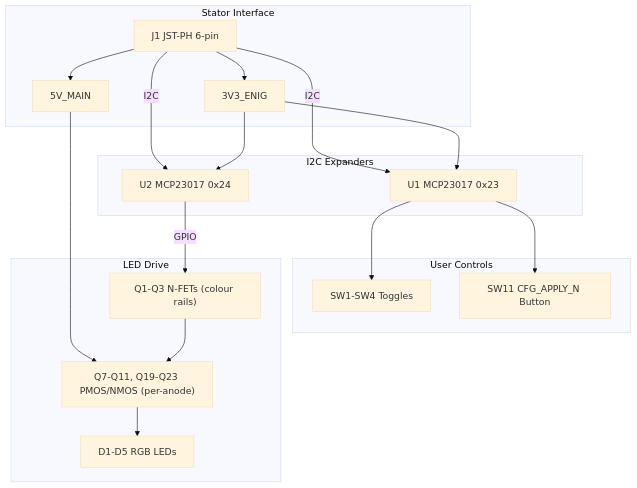
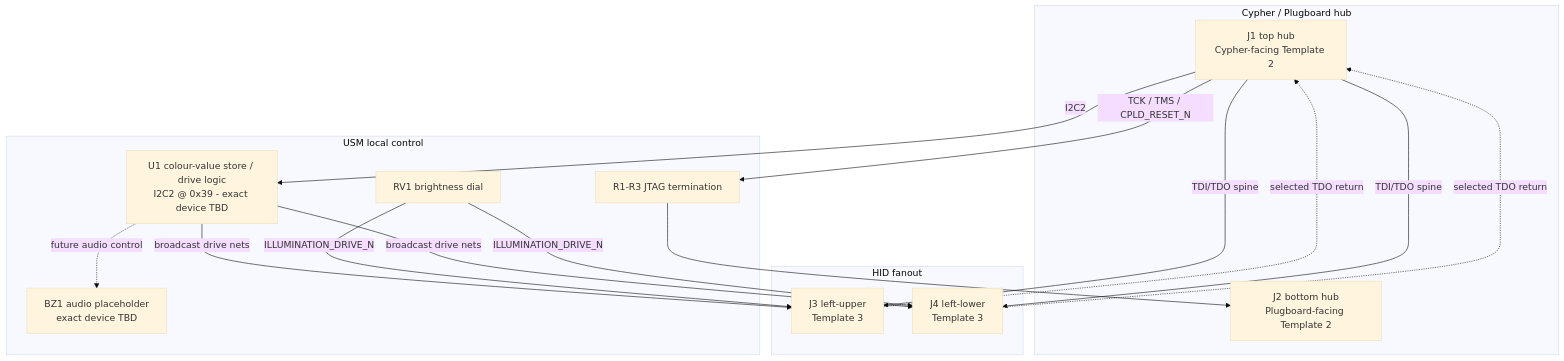
Before and after one commit to thepinkmile/Enigma-NG: the diagram in design/Electronics/User_Settings_Module/Design_Spec.md, drawn with Mermaid (base theme). The commit also changed other lines of this file and 11 other files, not shown here.

````diff
--- a/design/Electronics/User_Settings_Module/Design_Spec.md
+++ b/design/Electronics/User_Settings_Module/Design_Spec.md
@@ -78,37 +59,38 @@
 ```mermaid
 flowchart TD
-  subgraph stator["Stator Interface"]
-    J1["J1 JST-PH 6-pin"]
-    r3v3["3V3_ENIG"]
-    r5v["5V_MAIN"]
+  subgraph hub_top_bottom["Cypher / Plugboard hub"]
+    J1["J1 top hub
+Cypher-facing Template 2"]
+    J2["J2 bottom hub
+Plugboard-facing Template 2"]
   end
 
-  subgraph expanders["I2C Expanders"]
-    U1["U1 MCP23017 0x23"]
-    U2["U2 MCP23017 0x24"]
+  subgraph hid_left["HID fanout"]
+    J3["J3 left-upper
+Template 3"]
+    J4["J4 left-lower
+Template 3"]
   end
 
-  subgraph controls["User Controls"]
-    SW1_4["SW1-SW4 Toggles"]
-    SW11["SW11 CFG_APPLY_N Button"]
+  subgraph local_ctrl["USM local control"]
+    U1["U1 colour-value store / drive logic
+I2C2 @ 0x39 - exact device TBD"]
+    RV1["RV1 brightness dial"]
+    BZ1["BZ1 audio placeholder
+exact device TBD"]
+    R123["R1-R3 JTAG termination"]
   end
 
-  subgraph led_drive["LED Drive"]
-    Q1_3["Q1-Q3 N-FETs (colour rails)"]
-    Q7_23["Q7-Q11, Q19-Q23 PMOS/NMOS (per-anode)"]
-    D1_5["D1-D5 RGB LEDs"]
-  end
-
-  J1 -- "I2C" --> U1
-  J1 -- "I2C" --> U2
-  J1 --> r3v3
-  J1 --> r5v
-  r3v3 --> U1
-  r3v3 --> U2
-  r5v --> Q7_23
-  U1 --> SW1_4
-  U1 --> SW11
-  U2 -- "GPIO" --> Q1_3
-  Q1_3 --> Q7_23
-  Q7_23 --> D1_5
+  J1 -- "I2C2" --> U1
+  U1 -- "broadcast drive nets" --> J3
+  U1 -- "broadcast drive nets" --> J4
+  RV1 -- "ILLUMINATION_DRIVE_N" --> J3
+  RV1 -- "ILLUMINATION_DRIVE_N" --> J4
+  J1 -- "TCK / TMS / CPLD_RESET_N" --> R123
+  R123 --> J2
+  J1 -- "TDI/TDO spine" --> J3
+  J1 -- "TDI/TDO spine" --> J4
+  J3 -. "selected TDO return" .-> J1
+  J4 -. "selected TDO return" .-> J1
+  U1 -. "future audio control" .-> BZ1
 ```
````
